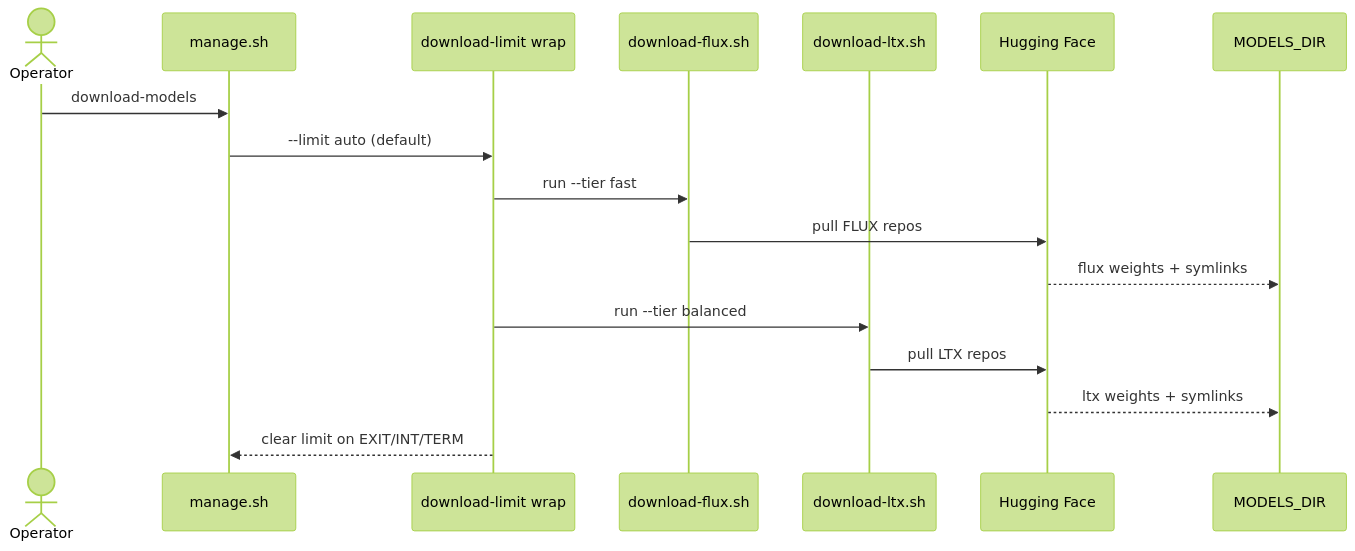
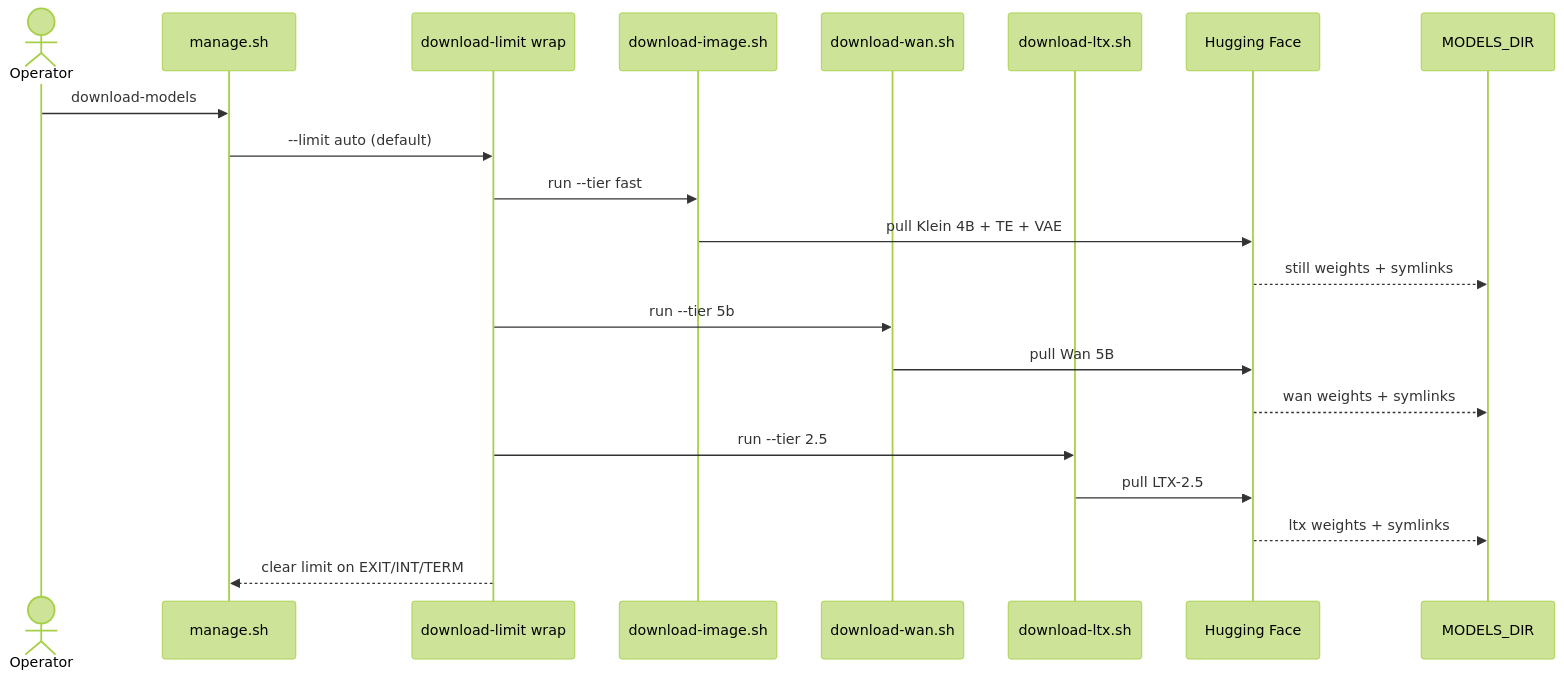
Before and after one commit to toxicoder/ez-comfy-stack: the third of 4 diagrams in docs/models-and-cache.md, drawn with Mermaid (forest theme). The commit also changed other lines of this file and 142 other files, not shown here.

````diff
--- a/docs/models-and-cache.md
+++ b/docs/models-and-cache.md
@@ -252,20 +296,24 @@
 ```mermaid
 sequenceDiagram
   actor Op as Operator
   participant M as manage.sh
   participant W as download-limit wrap
-  participant F as download-flux.sh
+  participant I as download-image.sh
+  participant Wa as download-wan.sh
   participant L as download-ltx.sh
   participant HF as Hugging Face
   participant Disk as MODELS_DIR
 
   Op->>M: download-models
   M->>W: --limit auto (default)
-  W->>F: run --tier fast
-  F->>HF: pull FLUX repos
-  HF-->>Disk: flux weights + symlinks
-  W->>L: run --tier balanced
-  L->>HF: pull LTX repos
+  W->>I: run --tier fast
+  I->>HF: pull Klein 4B + TE + VAE
+  HF-->>Disk: still weights + symlinks
+  W->>Wa: run --tier 5b
+  Wa->>HF: pull Wan 5B
+  HF-->>Disk: wan weights + symlinks
+  W->>L: run --tier 2.5
+  L->>HF: pull LTX-2.5
   HF-->>Disk: ltx weights + symlinks
   W-->>M: clear limit on EXIT/INT/TERM
 ```
````
